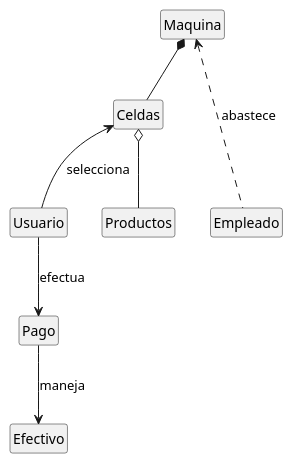
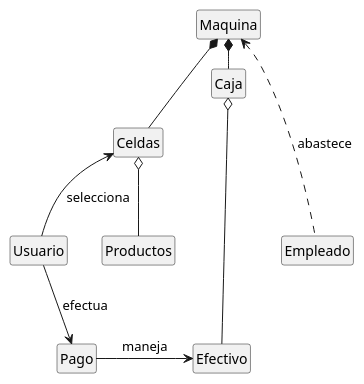
The diagram in documentos/modeloDeDominio/diagramaDeClases/diagramaDeClasesRelaciones.puml (mmasias/24-25-IdSw2-SDD), drawn with PlantUML before and after one commit.

```diff
--- a/documentos/modeloDeDominio/diagramaDeClases/diagramaDeClasesRelaciones.puml
+++ b/documentos/modeloDeDominio/diagramaDeClases/diagramaDeClasesRelaciones.puml
@@ -1,20 +1,23 @@
 @startuml diagramaDeClases
 hide empty members
 hide circles
 
 class Maquina
 class Pago
 class Efectivo
 class Usuario
 class Productos
 class Celdas
 class Empleado
+class Caja
 
 Maquina *-- Celdas
+Maquina *-r- Caja
+Caja o-- Efectivo  
 Celdas o-- Productos
 Usuario -U-> Celdas : selecciona 
 Usuario --> Pago : efectua 
 Empleado .U..> Maquina : abastece
-Pago --> Efectivo : maneja
+Pago -r-> Efectivo : maneja
 
 @enduml
```
